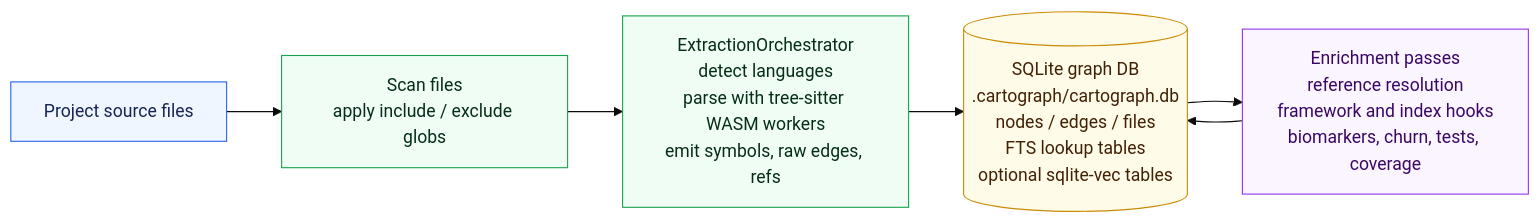
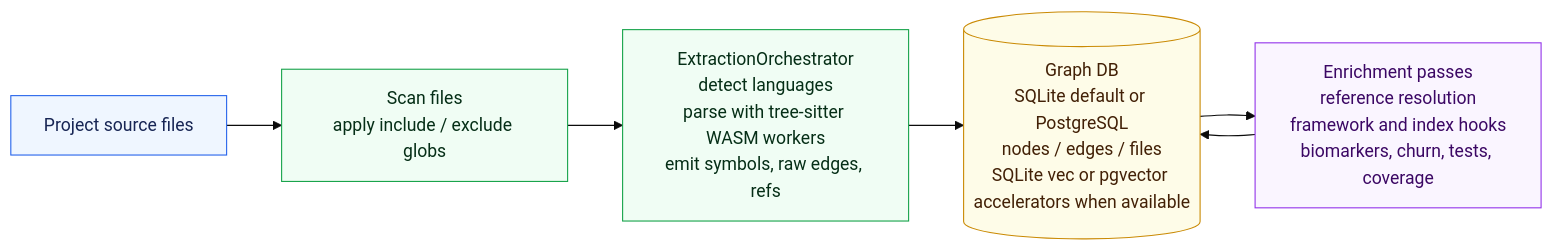
The first of 2 diagrams in README.md (adder-factory/Cartograph), drawn with Mermaid (base theme) before and after one commit. The commit also changed other lines of this file and 67 other files, not shown here.

Commit message:
Add PostgreSQL storage with pgvector acceleration

````diff
--- a/README.md
+++ b/README.md
@@ -355,19 +357,19 @@
 ```mermaid
 flowchart LR
   source["Project source files"]
   scan["Scan files<br/>apply include / exclude globs"]
   extract["ExtractionOrchestrator<br/>detect languages<br/>parse with tree-sitter WASM workers<br/>emit symbols, raw edges, refs"]
-  store[("SQLite graph DB<br/>.cartograph/cartograph.db<br/>nodes / edges / files<br/>FTS lookup tables<br/>optional sqlite-vec tables")]
+  store[("Graph DB<br/>SQLite default or PostgreSQL<br/>nodes / edges / files<br/>SQLite vec or pgvector accelerators when available")]
   enrich["Enrichment passes<br/>reference resolution<br/>framework and index hooks<br/>biomarkers, churn, tests, coverage"]
 
   source --> scan --> extract --> store --> enrich --> store
 
   classDef input fill:#eff6ff,stroke:#2563eb,color:#172554
   classDef process fill:#f0fdf4,stroke:#16a34a,color:#052e16
   classDef storage fill:#fefce8,stroke:#ca8a04,color:#422006
   classDef enrich fill:#faf5ff,stroke:#9333ea,color:#3b0764
   class source input
   class scan,extract process
   class store storage
   class enrich enrich
 ```
````
